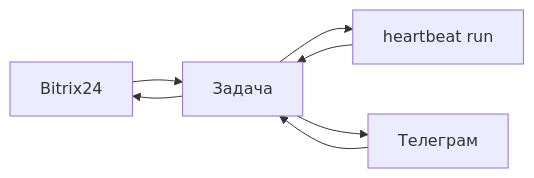
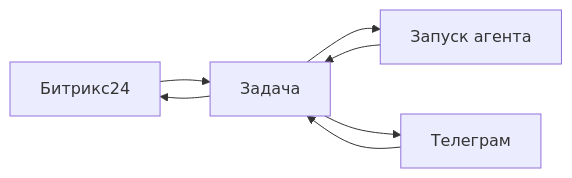
Before and after one commit to Dmitriion/datagent-docs: the diagram in docs/concepts/channels.md, drawn with Mermaid. The commit also changed other lines of this file and 15 other files, not shown here.

````diff
--- a/docs/concepts/channels.md
+++ b/docs/concepts/channels.md
@@ -23,9 +23,9 @@
 ```mermaid
 flowchart LR
-  B24[Bitrix24] --> Task[Задача]
+  B24[Битрикс24] --> Task[Задача]
   TG[Телеграм] --> Task
-  Task --> Run[heartbeat run]
+  Task --> Run[Запуск агента]
   Run --> Task
   Task --> B24
   Task --> TG
 ```
````
